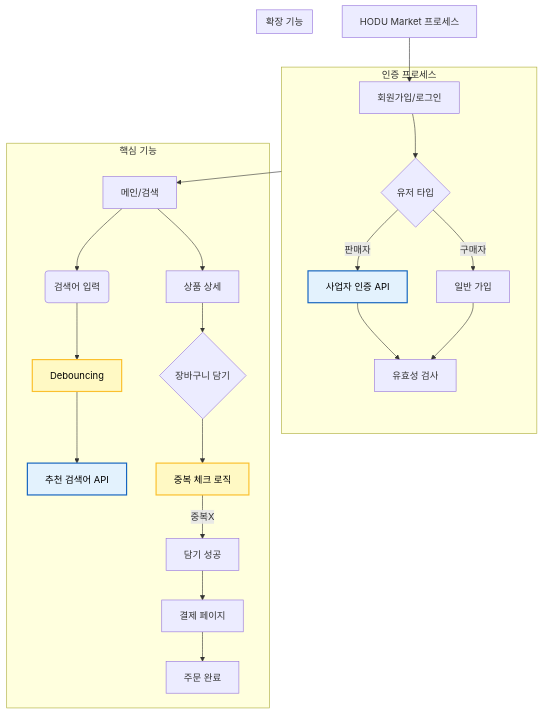
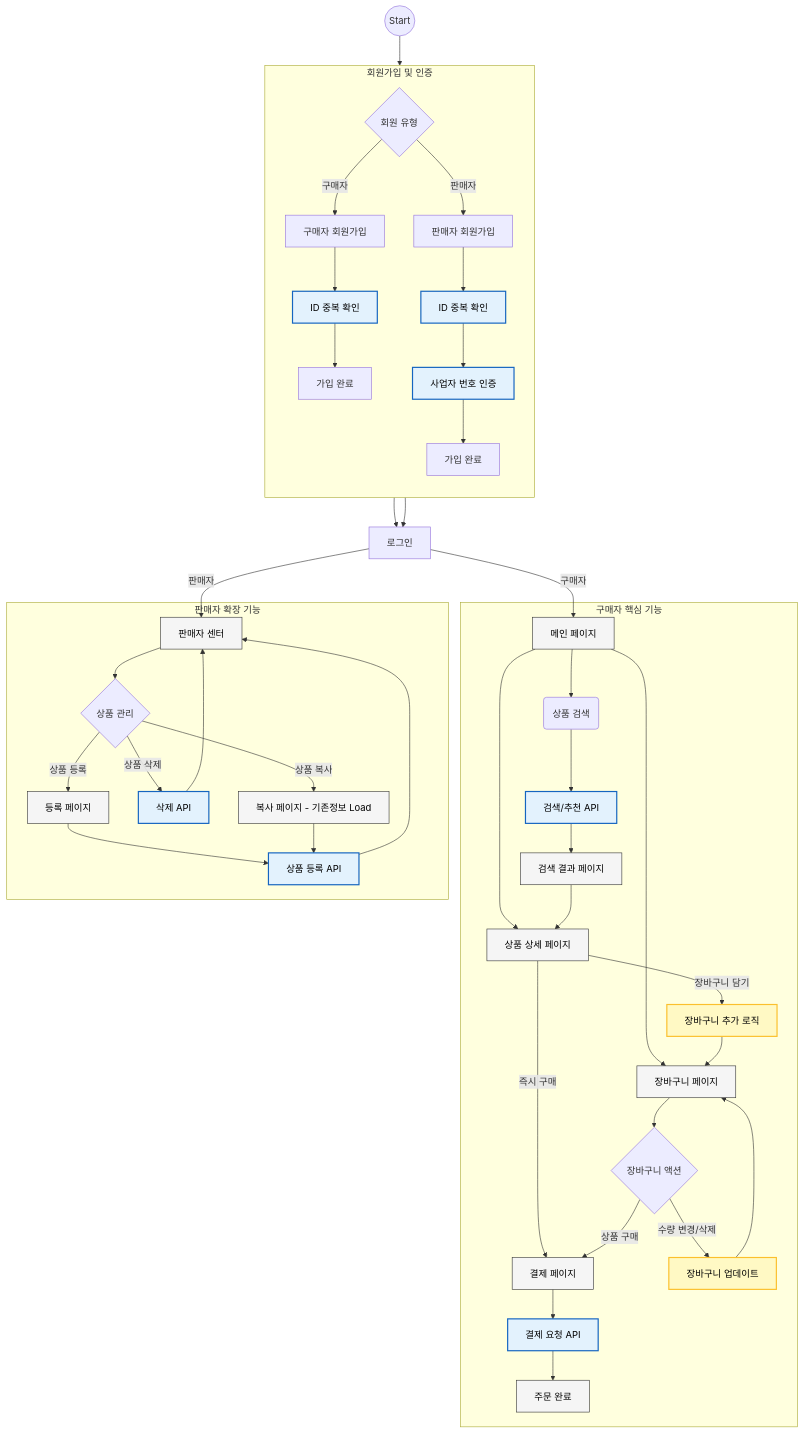
The first of 2 diagrams in README.md (DongmyeongBack/openMarket), drawn with Mermaid before and after one commit. The commit also changed other lines of this file, not shown here.

Commit message:
flowchart 판매자도 확장

````diff
--- a/README.md
+++ b/README.md
@@ -8,35 +8,73 @@
 ```mermaid
-    flowchart TD
+        flowchart TD
         %% 스타일 정의
         classDef api fill:#e3f2fd,stroke:#1565c0,stroke-width:2px,color:black;
         classDef logic fill:#fff9c4,stroke:#fbc02d,stroke-width:2px,color:black;
+        classDef page fill:#f5f5f5,stroke:#333,stroke-width:1px,color:black;
 
-        Root[HODU Market 프로세스] --> Auth[회원가입/로그인]
-        
-        subgraph Auth_Logic [인증 프로세스]
-            Auth --> A1{유저 타입}
-            A1 -- 판매자 --> A2[사업자 인증 API]:::api
-            A1 -- 구매자 --> A3[일반 가입]
-            A2 & A3 --> A4[유효성 검사]
+        Start((Start)) --> Choice{회원 유형}
+
+        %% 1. 인증 프로세스
+        subgraph Auth_Process [회원가입 및 인증]
+            direction TB
+            Choice -- 구매자 --> B_Join[구매자 회원가입]
+            Choice -- 판매자 --> S_Join[판매자 회원가입]
+            
+            B_Join --> ID_Check1[ID 중복 확인]:::api
+            S_Join --> ID_Check2[ID 중복 확인]:::api
+            
+            ID_Check1 --> B_Valid[가입 완료]
+            
+            ID_Check2 --> Biz_Check[사업자 번호 인증]:::api
+            Biz_Check --> S_Valid[가입 완료]
         end
 
-        Auth_Logic --> Main[메인/검색]
-        
-        subgraph Core_Features [핵심 기능]
-            Main --> S1(검색어 입력)
-            S1 --> S2[Debouncing]:::logic
-            S2 --> S3[추천 검색어 API]:::api
+        %% 로그인 후 분기
+        B_Valid --> Login[로그인]
+        S_Valid --> Login
+        Login -- 구매자 --> Main[메인 페이지]:::page
+        Login -- 판매자 --> SellerCenter[판매자 센터]:::page
+
+        %% 2. 구매자 핵심 기능
+        subgraph Buyer_Features [구매자 핵심 기능]
+            %% 메인 및 검색
+            Main --> Search(상품 검색)
+            Search --> SearchAPI[검색/추천 API]:::api
+            SearchAPI --> SearchResult[검색 결과 페이지]:::page
             
-            Main --> P1[상품 상세]
-            P1 --> P2{장바구니 담기}
-            P2 --> P3[중복 체크 로직]:::logic
-            P3 -- 중복X --> P4[담기 성공]
+            %% 메인 -> 이동 경로
+            Main --> Cart[장바구니 페이지]:::page
+            Main --> ProdDetail[상품 상세 페이지]:::page
+            SearchResult --> ProdDetail
 
-            P4 --> Pay[결제 페이지]
-            Pay --> Final[주문 완료]
+            %% 상품 상세 로직
+            ProdDetail -- 즉시 구매 --> PayPage[결제 페이지]:::page
+            ProdDetail -- 장바구니 담기 --> AddCartLogic[장바구니 추가 로직]:::logic
+            AddCartLogic --> Cart
+
+            %% 장바구니 기능
+            Cart --> CartAction{장바구니 액션}
+            CartAction -- 수량 변경/삭제 --> UpdateCart[장바구니 업데이트]:::logic
+            UpdateCart --> Cart
+            CartAction -- 상품 구매 --> PayPage
+
+            %% 결제
+            PayPage --> DoPay[결제 요청 API]:::api
+            DoPay --> OrderComplete[주문 완료]:::page
         end
 
-        subgraph Extension_Features [확장 기능]
+        %% 3. 판매자 확장 기능
+        subgraph Seller_Features [판매자 확장 기능]
+            SellerCenter --> S_Action{상품 관리}
             
+            S_Action -- 상품 등록 --> RegPage[등록 페이지]:::page
+            RegPage --> RegAPI[상품 등록 API]:::api
+            RegAPI --> SellerCenter
+
+            S_Action -- 상품 삭제 --> DelAPI[삭제 API]:::api
+            DelAPI --> SellerCenter
+
+            S_Action -- 상품 복사 --> CopyPage[복사 페이지 - 기존정보 Load]:::page
+            CopyPage --> RegAPI
         end
 ```
````
